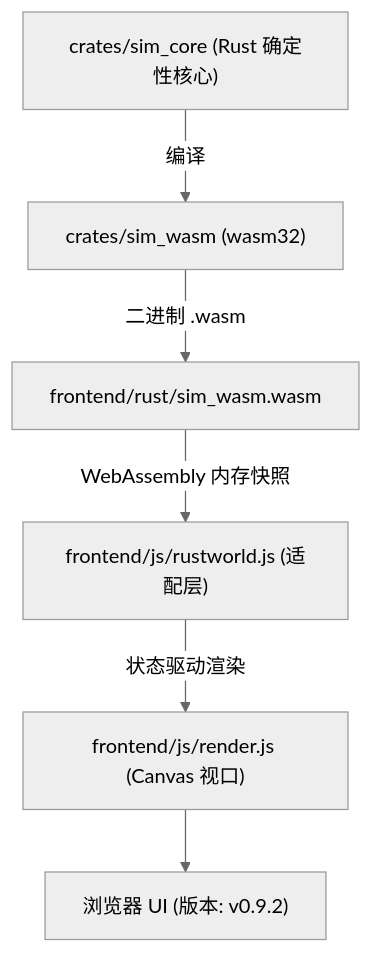
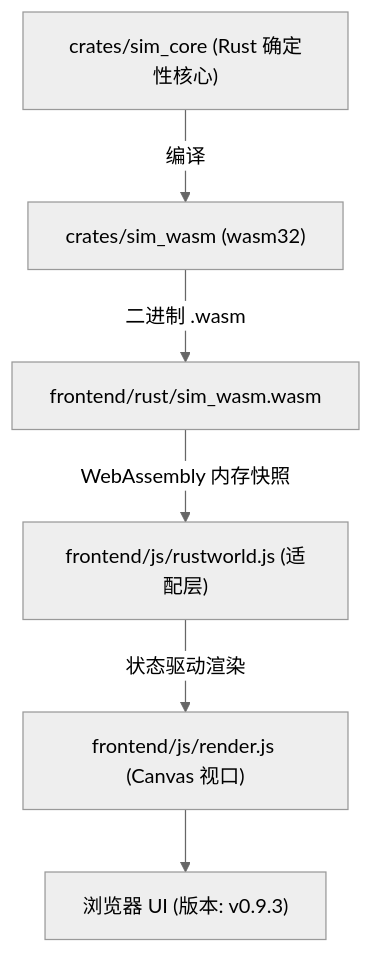
The diagram in AGENT.md (g39088902/FlowAndAccord), drawn with Mermaid (neutral theme) before and after one commit. The commit also changed other lines of this file and 6 other files, not shown here.

````diff
--- a/AGENT.md
+++ b/AGENT.md
@@ -11,8 +11,8 @@
 ```mermaid
 graph TD
     A["crates/sim_core (Rust 确定性核心)"] -->|编译| B["crates/sim_wasm (wasm32)"]
     B -->|二进制 .wasm| C["frontend/rust/sim_wasm.wasm"]
     C -->|WebAssembly 内存快照| D["frontend/js/rustworld.js (适配层)"]
     D -->|状态驱动渲染| E["frontend/js/render.js (Canvas 视口)"]
-    E --> F["浏览器 UI (版本: v0.9.2)"]
+    E --> F["浏览器 UI (版本: v0.9.3)"]
 ```
````
